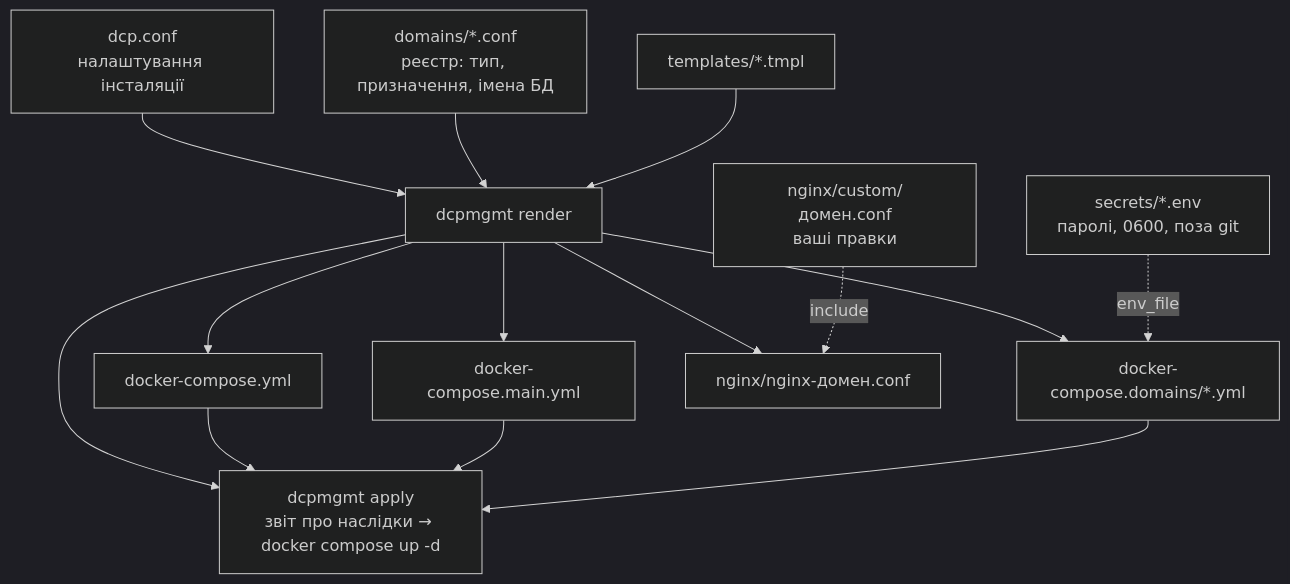
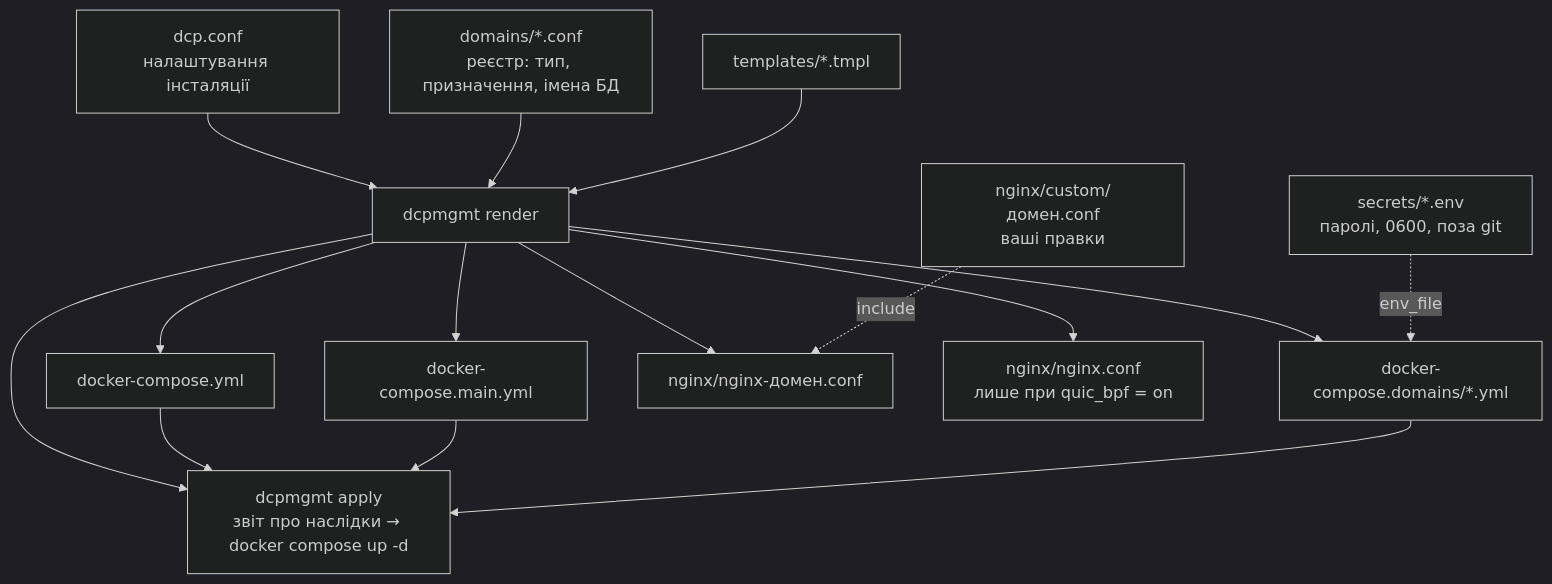
Before and after one commit to oldengremlin/Docker-Web-Stack: the second of 2 diagrams in README.md, drawn with Mermaid (dark theme). The commit also changed other lines of this file and 6 other files, not shown here.

````diff
--- a/README.md
+++ b/README.md
@@ -68,24 +68,25 @@
 ```mermaid
 flowchart TD
     conf["dcp.conf<br/>налаштування інсталяції"]
     reg["domains/*.conf<br/>реєстр: тип, призначення, імена БД"]
     tpl["templates/*.tmpl"]
     sec["secrets/*.env<br/>паролі, 0600, поза git"]
 
     conf --> tool["dcpmgmt render"]
     reg --> tool
     tpl --> tool
 
     tool --> root["docker-compose.yml"]
     tool --> main["docker-compose.main.yml"]
     tool --> dom["docker-compose.domains/*.yml"]
     tool --> ngx["nginx/nginx-домен.conf"]
+    tool --> mainconf["nginx/nginx.conf<br/>лише при quic_bpf = on"]
 
     sec -.->|"env_file"| dom
     cust["nginx/custom/домен.conf<br/>ваші правки"] -.->|"include"| ngx
 
     tool --> apply["dcpmgmt apply<br/>звіт про наслідки → docker compose up -d"]
     root --> apply
     main --> apply
     dom --> apply
 ```
````
